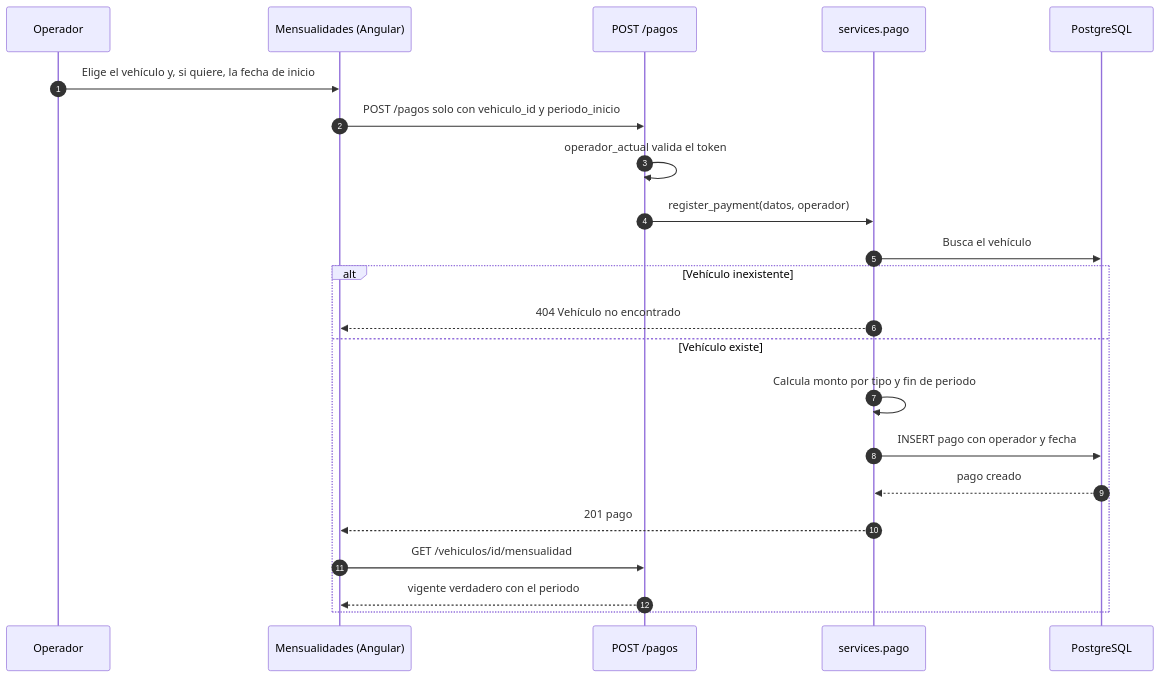
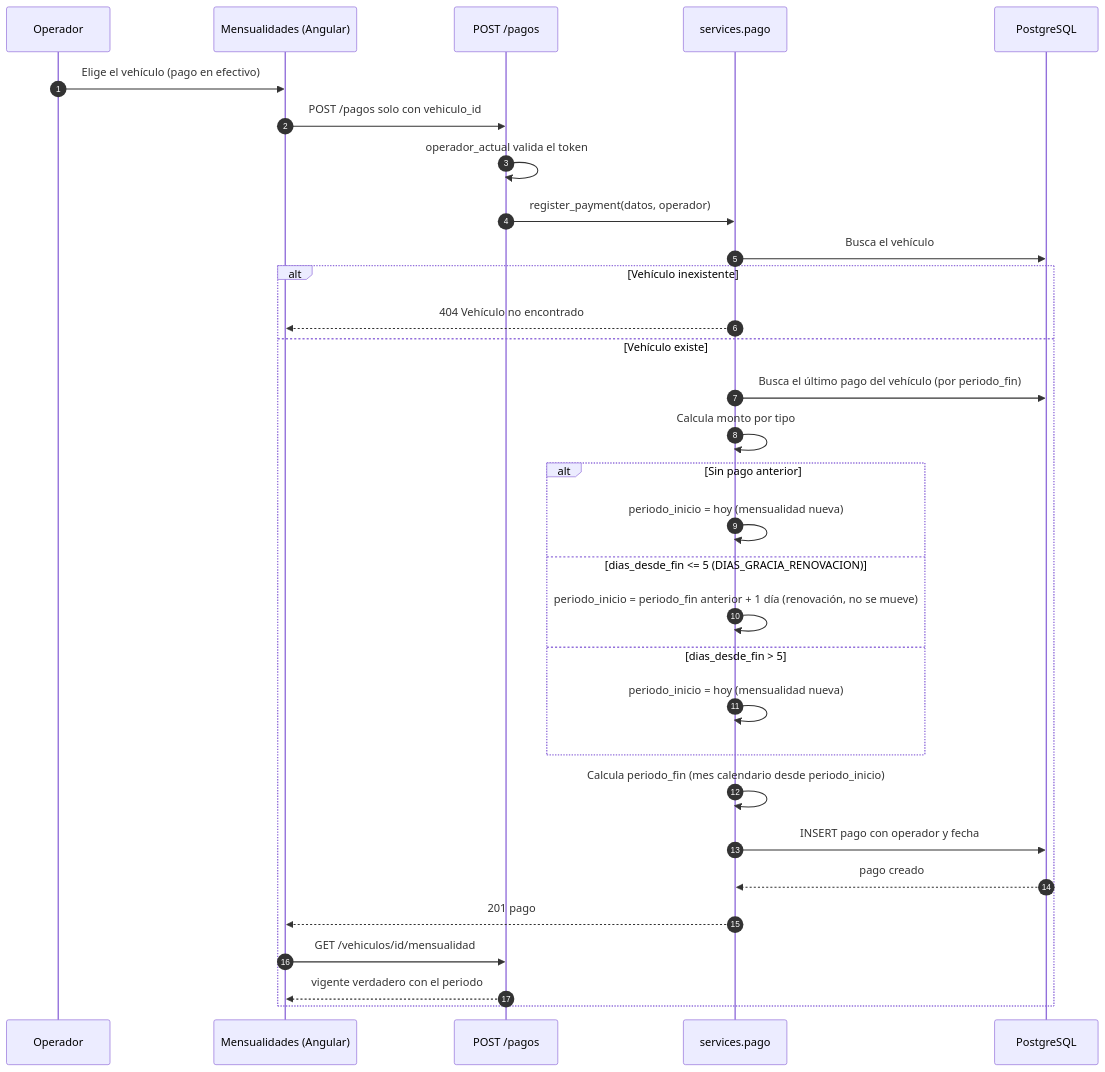
One commit to DanCarCo/AutosColombia changed diagram 12 of 14 in docs/04-diagramas.md. Above: the diagram before and after it, drawn with Mermaid. The commit also changed other lines of this file and 6 other files, not shown here.

````diff
--- a/docs/04-diagramas.md
+++ b/docs/04-diagramas.md
@@ -390,24 +416,33 @@
 ```mermaid
 sequenceDiagram
     autonumber
     participant Operador
     participant UI as Mensualidades (Angular)
     participant API as POST /pagos
     participant Srv as services.pago
     participant BD as PostgreSQL
-    Operador->>UI: Elige el vehículo y, si quiere, la fecha de inicio
-    UI->>API: POST /pagos solo con vehiculo_id y periodo_inicio
+    Operador->>UI: Elige el vehículo (pago en efectivo)
+    UI->>API: POST /pagos solo con vehiculo_id
     API->>API: operador_actual valida el token
     API->>Srv: register_payment(datos, operador)
     Srv->>BD: Busca el vehículo
     alt Vehículo inexistente
         Srv-->>UI: 404 Vehículo no encontrado
     else Vehículo existe
-        Srv->>Srv: Calcula monto por tipo y fin de periodo
+        Srv->>BD: Busca el último pago del vehículo (por periodo_fin)
+        Srv->>Srv: Calcula monto por tipo
+        alt Sin pago anterior
+            Srv->>Srv: periodo_inicio = hoy (mensualidad nueva)
+        else dias_desde_fin <= 5 (DIAS_GRACIA_RENOVACION)
+            Srv->>Srv: periodo_inicio = periodo_fin anterior + 1 día (renovación, no se mueve)
+        else dias_desde_fin > 5
+            Srv->>Srv: periodo_inicio = hoy (mensualidad nueva)
+        end
+        Srv->>Srv: Calcula periodo_fin (mes calendario desde periodo_inicio)
         Srv->>BD: INSERT pago con operador y fecha
         BD-->>Srv: pago creado
         Srv-->>UI: 201 pago
         UI->>API: GET /vehiculos/id/mensualidad
         API-->>UI: vigente verdadero con el periodo
     end
 ```
````
